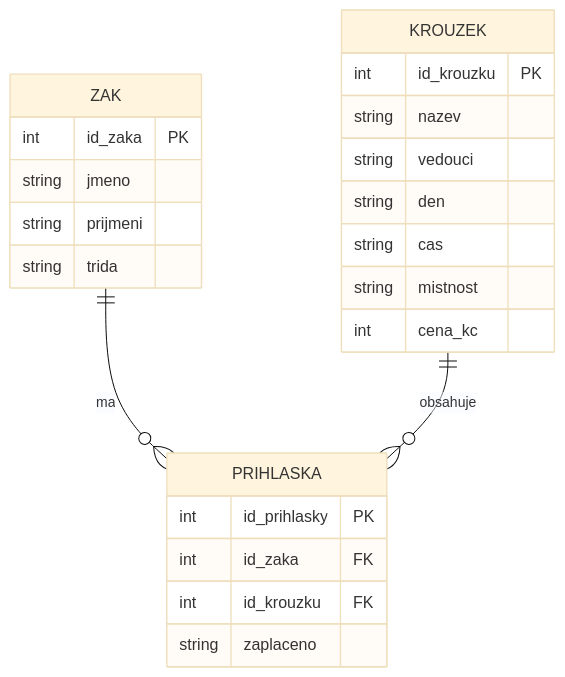
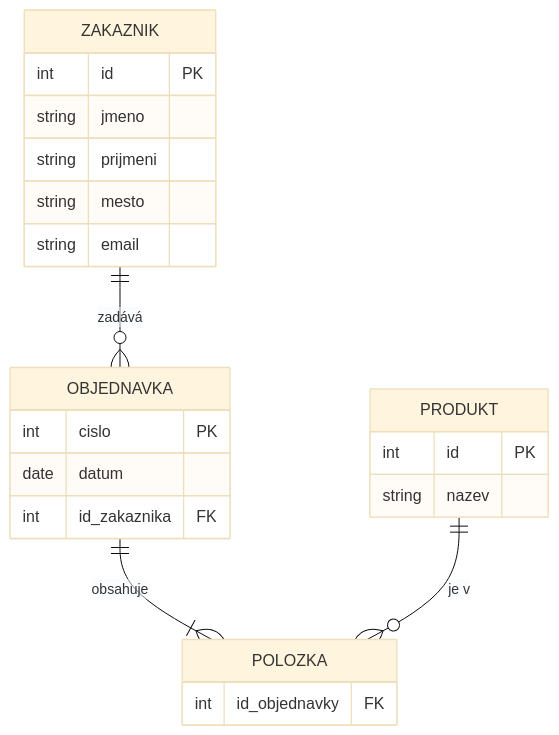
The diagram in 2026-10/sp1/README.md (akely1231/as-2026), drawn with Mermaid (base theme) before and after one commit.

Commit message:
mermaid zmena

````diff
--- a/2026-10/sp1/README.md
+++ b/2026-10/sp1/README.md
@@ -13,29 +13,26 @@
 ```mermaid
 erDiagram
-    ZAK {
-        int id_zaka PK
+    ZAKAZNIK ||--o{ OBJEDNAVKA : "zadává"
+    OBJEDNAVKA ||--|{ POLOZKA : "obsahuje"
+    PRODUKT ||--o{ POLOZKA : "je v"
+
+    ZAKAZNIK {
+        int id PK
         string jmeno
         string prijmeni
-        string trida
+        string mesto
+        string email
     }
-
-    KROUZEK {
-        int id_krouzku PK
+    OBJEDNAVKA {
+        int cislo PK
+        date datum
+        int id_zakaznika FK
+    }
+    PRODUKT {
+        int id PK
         string nazev
-        string vedouci
-        string den
-        string cas
-        string mistnost
-        int cena_kc
     }
-
-    PRIHLASKA {
-        int id_prihlasky PK
-        int id_zaka FK
-        int id_krouzku FK
-        string zaplaceno
+    POLOZKA {
+        int id_objednavky FK
     }
-
-    ZAK ||--o{ PRIHLASKA : ma
-    KROUZEK ||--o{ PRIHLASKA : obsahuje
 ```
````
